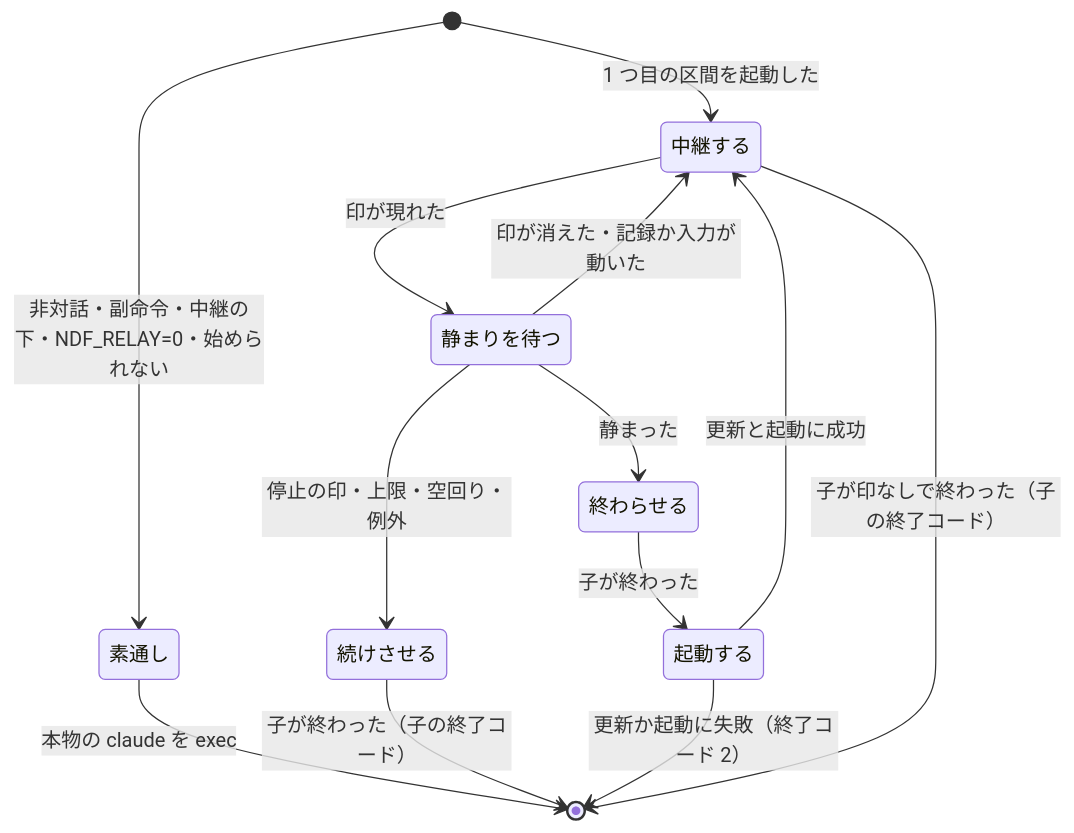
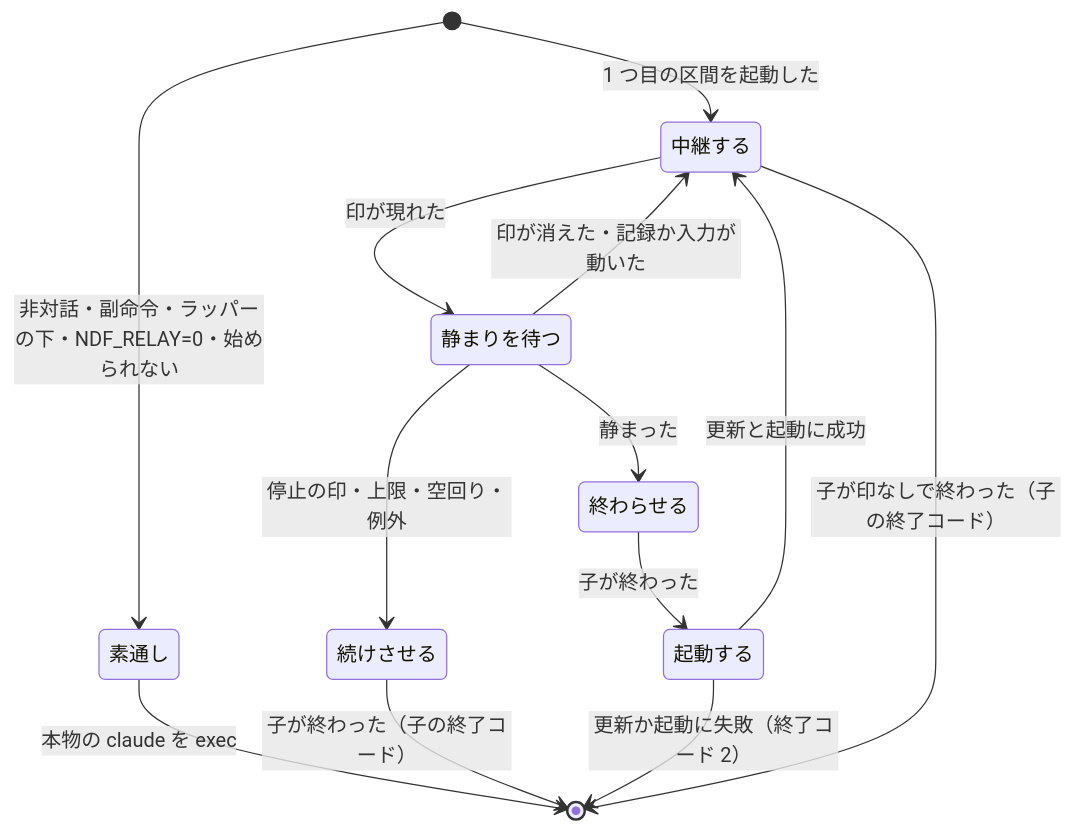
The second of 2 diagrams in docs/specifications/ndf-relay-segment-restart.md (devbasex/ai-plugins), drawn with Mermaid before and after one commit. The commit also changed other lines of this file and 22 other files, not shown here.

````diff
--- a/docs/specifications/ndf-relay-segment-restart.md
+++ b/docs/specifications/ndf-relay-segment-restart.md
@@ -210,15 +210,15 @@
 ```mermaid
 stateDiagram-v2
-    [*] --> 素通し: 非対話・副命令・中継の下・NDF_RELAY=0・始められない
+    [*] --> 素通し: 非対話・副命令・ラッパーの下・NDF_RELAY=0・始められない
     素通し --> [*]: 本物の claude を exec
     [*] --> 中継する: 1 つ目の区間を起動した
     中継する --> 静まりを待つ: 印が現れた
     静まりを待つ --> 中継する: 印が消えた・記録か入力が動いた
     静まりを待つ --> 続けさせる: 停止の印・上限・空回り・例外
     静まりを待つ --> 終わらせる: 静まった
     続けさせる --> [*]: 子が終わった（子の終了コード）
     終わらせる --> 起動する: 子が終わった
     起動する --> 中継する: 更新と起動に成功
     起動する --> [*]: 更新か起動に失敗（終了コード 2）
     中継する --> [*]: 子が印なしで終わった（子の終了コード）
 ```
````
